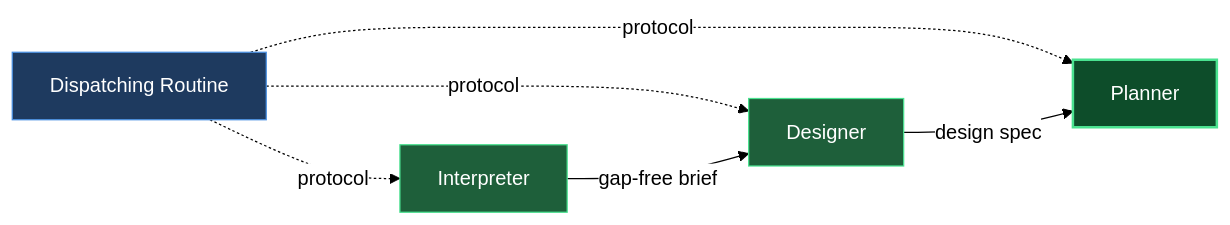
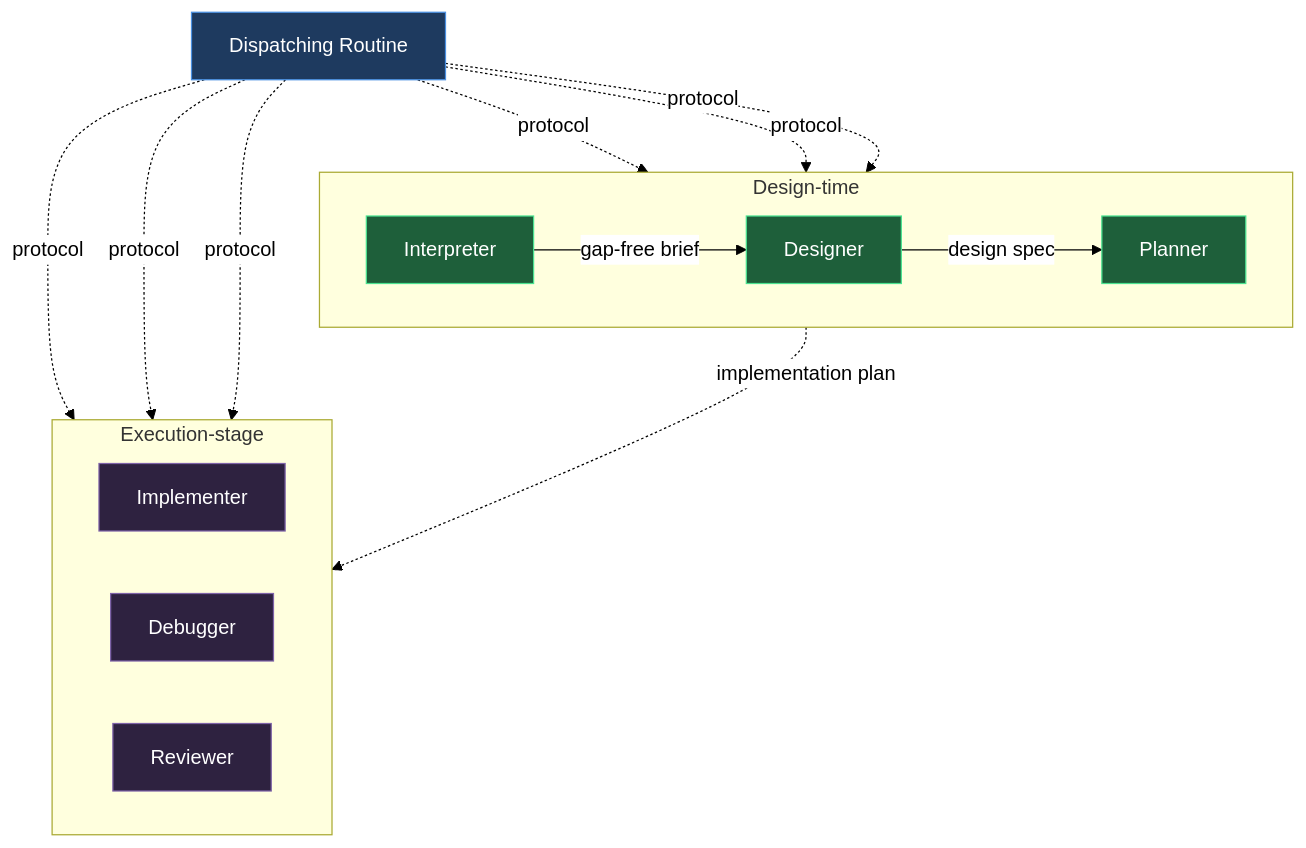
The diagram in claude/lazycortex-experts/help/agents.md (mebius-san/lazy-cortex), drawn with Mermaid before and after one commit. The commit also changed other lines of this file and 19 other files, not shown here.

````diff
--- a/claude/lazycortex-experts/help/agents.md
+++ b/claude/lazycortex-experts/help/agents.md
@@ -43,24 +55,43 @@
 ```mermaid
 %%{init: {'themeVariables':{'background':'transparent','lineColor':'#000','textColor':'#000','edgeLabelBackground':'#fff'},'themeCSS':'.edgeLabel{background-color:transparent!important}.edgeLabel p{background-color:transparent!important}','flowchart':{'diagramPadding':5,'useMaxWidth':true}}}%%
-flowchart LR
+flowchart TD
   dispatchingRoutine[Dispatching Routine]
-  interpreter[Interpreter]
-  designer[Designer]
-  planner[Planner]
+
+  subgraph designTime["Design-time"]
+    direction LR
+    interpreter[Interpreter]
+    designer[Designer]
+    planner[Planner]
+  end
+
+  subgraph executionStage["Execution-stage"]
+    direction LR
+    implementer[Implementer]
+    debugger[Debugger]
+    reviewer[Reviewer]
+  end
+
+  interpreter -->|gap-free brief| designer
+  designer -->|design spec| planner
 
   dispatchingRoutine -.->|protocol| interpreter
   dispatchingRoutine -.->|protocol| designer
   dispatchingRoutine -.->|protocol| planner
+  dispatchingRoutine -.->|protocol| implementer
+  dispatchingRoutine -.->|protocol| debugger
+  dispatchingRoutine -.->|protocol| reviewer
 
-  interpreter -->|gap-free brief| designer
-  designer -->|design spec| planner
+  planner -.->|implementation plan| implementer
 
   classDef entry fill:#1e3a5f,stroke:#4a90e2,color:#fff
   classDef action fill:#1e5f3a,stroke:#4ae290,color:#fff
-  classDef success fill:#0d4d2a,stroke:#4ae290,color:#fff,stroke-width:2px
+  classDef sub fill:#2e2240,stroke:#7e63a8,color:#fff
 
   class dispatchingRoutine entry
   class interpreter action
   class designer action
-  class planner success
+  class planner action
+  class implementer sub
+  class debugger sub
+  class reviewer sub
 ```
````
